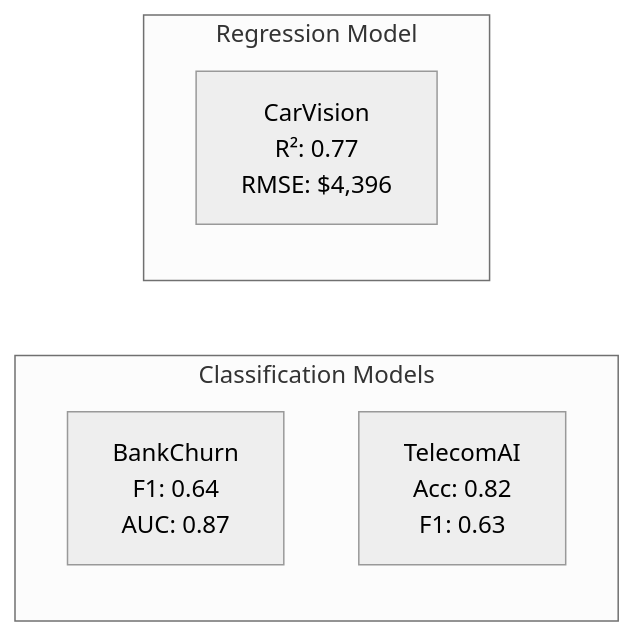
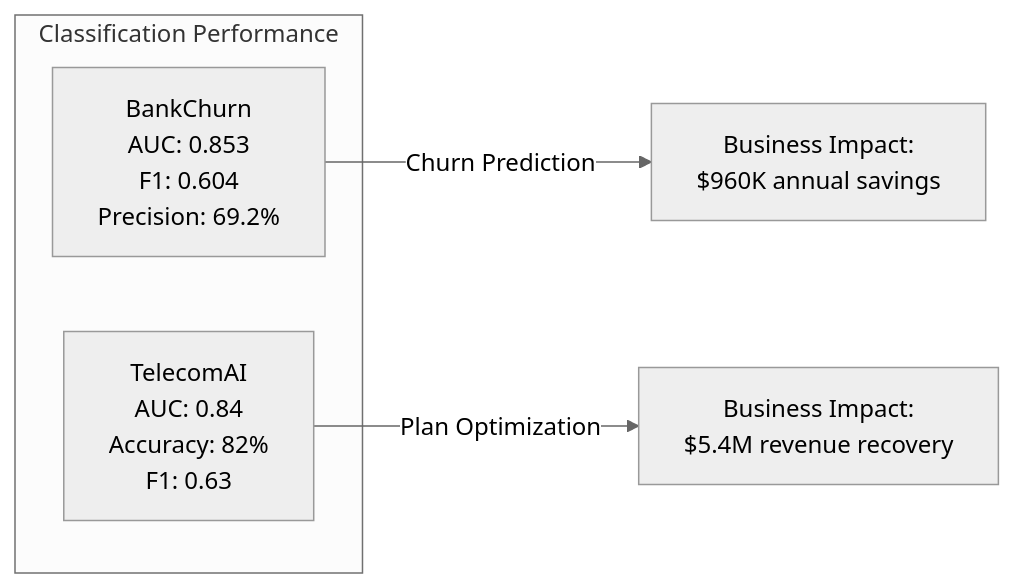
Before and after one commit to DuqueOM/ML-MLOps-Portfolio: the first of 2 diagrams in docs/projects/overview.md, drawn with Mermaid (neutral theme). The commit also changed other lines of this file and 3 other files, not shown here.

````diff
--- a/docs/projects/overview.md
+++ b/docs/projects/overview.md
@@ -25,11 +35,10 @@
 ```mermaid
 graph LR
-    subgraph "Classification Models"
-        BC["BankChurn<br/>F1: 0.64<br/>AUC: 0.87"]
-        TC["TelecomAI<br/>Acc: 0.82<br/>F1: 0.63"]
+    subgraph "Classification Performance"
+        BC["BankChurn<br/>AUC: 0.853<br/>F1: 0.604<br/>Precision: 69.2%"]
+        TC["TelecomAI<br/>AUC: 0.84<br/>Accuracy: 82%<br/>F1: 0.63"]
     end
     
-    subgraph "Regression Model"
-        CV["CarVision<br/>R²: 0.77<br/>RMSE: $4,396"]
-    end
+    BC -->|Churn Prediction| BU[Business Impact:<br/>$960K annual savings]
+    TC -->|Plan Optimization| TU[Business Impact:<br/>$5.4M revenue recovery]
 ```
````
